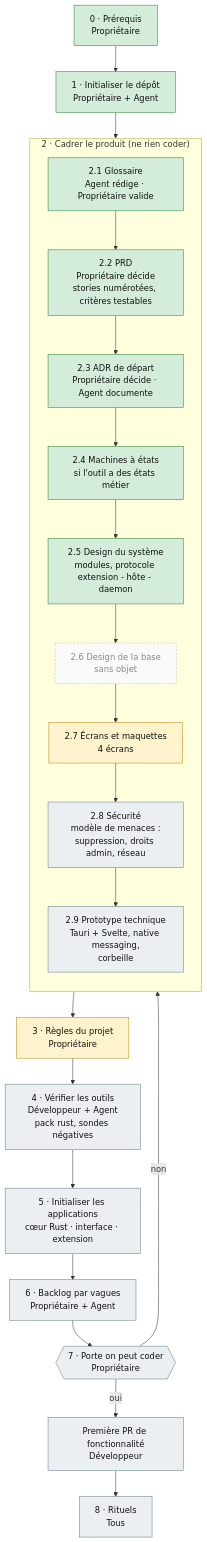
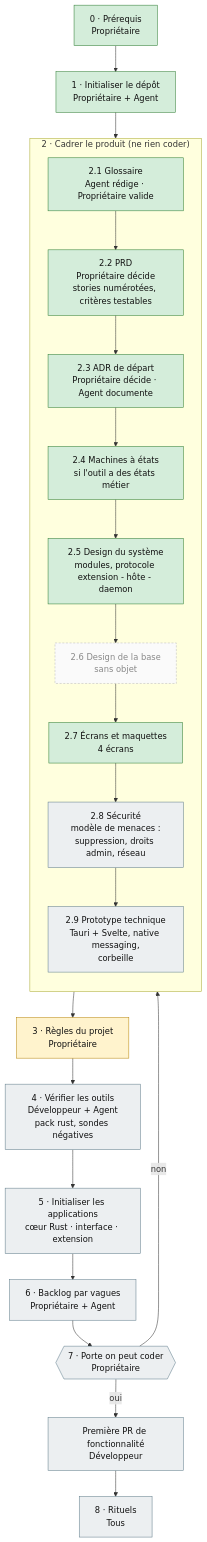
The diagram in docs/parcours.md (AresGn/Breathly), drawn with Mermaid before and after one commit. The commit also changed other lines of this file and 36 other files, not shown here.

````diff
--- a/docs/parcours.md
+++ b/docs/parcours.md
@@ -21,36 +21,36 @@
 ```mermaid
 flowchart TD
     A0["0 · Prérequis<br/>Propriétaire"] --> A1["1 · Initialiser le dépôt<br/>Propriétaire + Agent"]
     A1 --> B
 
     subgraph B["2 · Cadrer le produit (ne rien coder)"]
         direction TB
         B1["2.1 Glossaire<br/>Agent rédige · Propriétaire valide"] --> B2["2.2 PRD<br/>Propriétaire décide<br/>stories numérotées, critères testables"]
         B2 --> B3["2.3 ADR de départ<br/>Propriétaire décide · Agent documente"]
         B3 --> B4["2.4 Machines à états<br/>si l'outil a des états métier"]
         B4 --> B5["2.5 Design du système<br/>modules, protocole extension - hôte - daemon"]
         B5 --> B6["2.6 Design de la base<br/>sans objet"]
         B6 --> B7["2.7 Écrans et maquettes<br/>4 écrans"]
         B7 --> B8["2.8 Sécurité<br/>modèle de menaces :<br/>suppression, droits admin, réseau"]
         B8 --> B9["2.9 Prototype technique<br/>Tauri + Svelte, native messaging,<br/>corbeille"]
     end
 
     B --> C["3 · Règles du projet<br/>Propriétaire"]
     C --> D["4 · Vérifier les outils<br/>Développeur + Agent<br/>pack rust, sondes négatives"]
     D --> E["5 · Initialiser les applications<br/>cœur Rust · interface · extension"]
     E --> F["6 · Backlog par vagues<br/>Propriétaire + Agent"]
     F --> G{{"7 · Porte on peut coder<br/>Propriétaire"}}
     G -- non --> B
     G -- oui --> H["Première PR de fonctionnalité<br/>Développeur"]
     H --> I["8 · Rituels<br/>Tous"]
 
     classDef done fill:#d4edda,stroke:#2e7d32,color:#111
     classDef progress fill:#fff3cd,stroke:#b8860b,color:#111
     classDef todo fill:#eceff1,stroke:#607d8b,color:#111
     classDef na fill:#fafafa,stroke:#bbb,stroke-dasharray: 4 3,color:#888
     class A0,A1,B1,B2,B3,B4,B5 done
     class C progress
     class B8,B9,D,E,F,G,H,I todo
-    class B7 progress
+    class B7 done
     class B6 na
 ```
````
